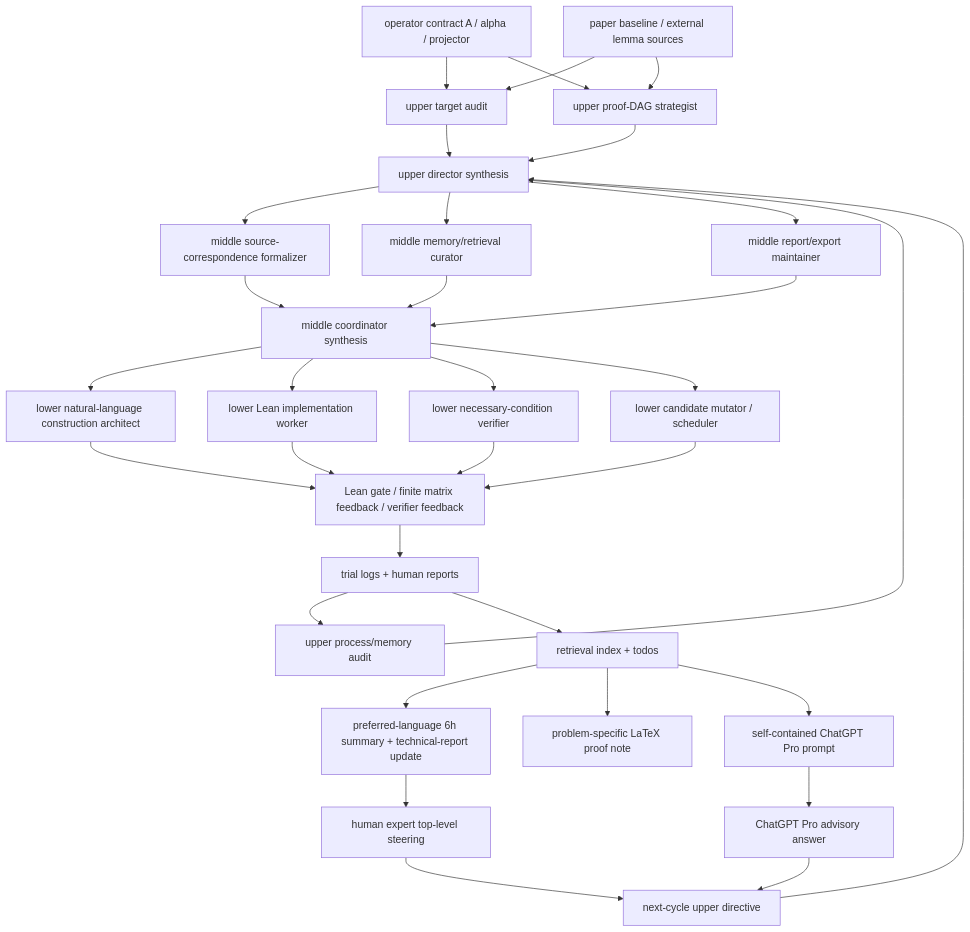
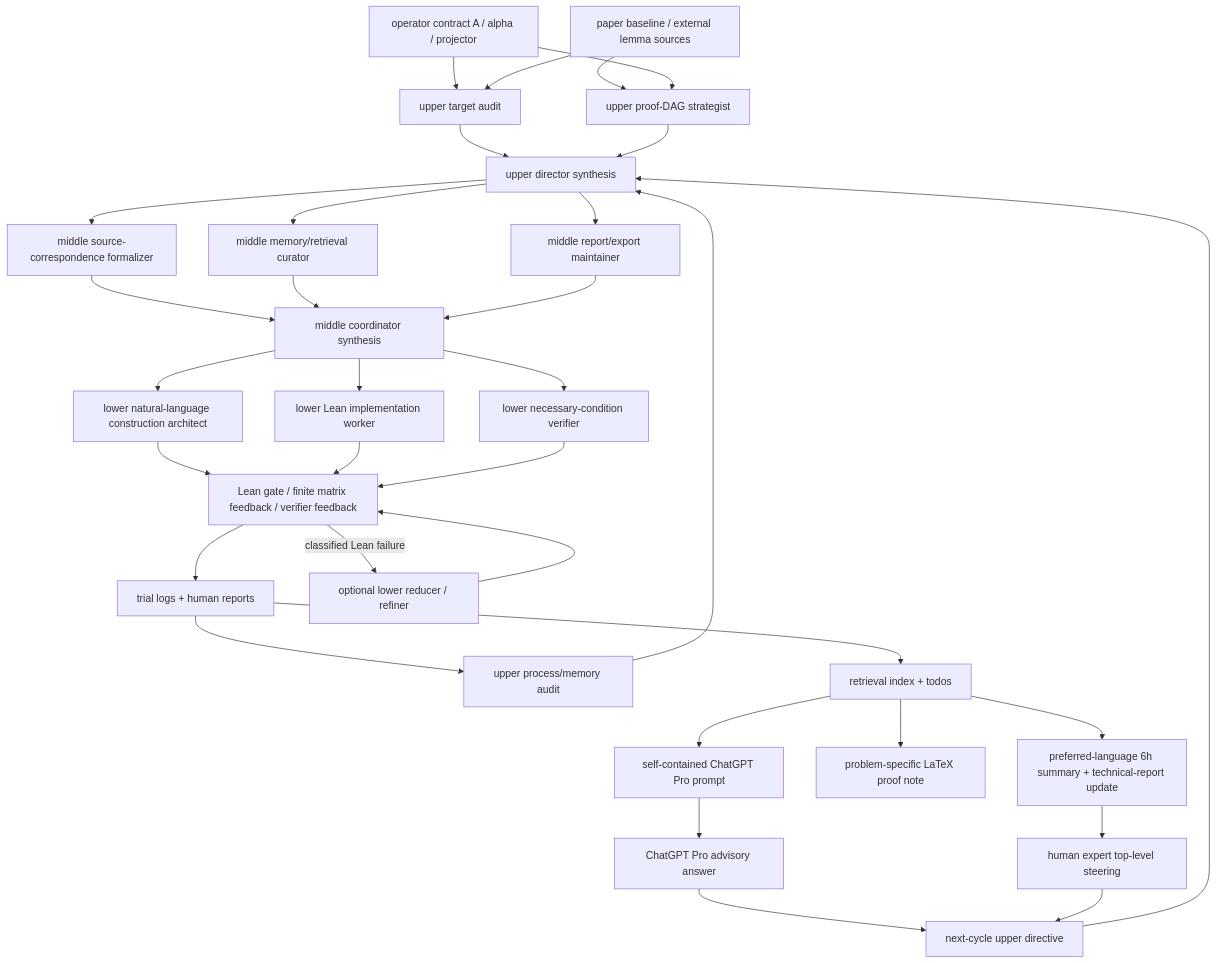
One commit to DakeBU/Quantum-Computing-Block-Encoding changed the second of 2 diagrams in README.md. Above: the diagram before and after it, drawn with Mermaid. The commit also changed other lines of this file and 29 other files, not shown here.

````diff
--- a/README.md
+++ b/README.md
@@ -287,35 +306,35 @@
 ```mermaid
 flowchart TD
   A["operator contract A / alpha / projector"] --> B["upper target audit"]
   S["paper baseline / external lemma sources"] --> B
   S --> C["upper proof-DAG strategist"]
   A --> C["upper proof-DAG strategist"]
   J["trial logs + human reports"] --> D["upper process/memory audit"]
   B --> E["upper director synthesis"]
   C --> E
   D --> E
   E --> F["middle source-correspondence formalizer"]
   E --> G["middle memory/retrieval curator"]
   E --> H["middle report/export maintainer"]
   F --> I["middle coordinator synthesis"]
   G --> I
   H --> I
   I --> M["lower natural-language construction architect"]
   I --> N["lower Lean implementation worker"]
   I --> P["lower necessary-condition verifier"]
-  I --> R["lower candidate mutator / scheduler"]
   M --> O["Lean gate / finite matrix feedback / verifier feedback"]
   N --> O
   P --> O
+  O -->|classified Lean failure| R["optional lower reducer / refiner"]
   R --> O
   O --> J
   J --> K["retrieval index + todos"]
   K --> L["preferred-language 6h summary + technical-report update"]
   K --> W["problem-specific LaTeX proof note"]
   K --> Q["self-contained ChatGPT Pro prompt"]
   Q --> X["ChatGPT Pro advisory answer"]
   L --> Y["human expert top-level steering"]
   X --> Z["next-cycle upper directive"]
   Y --> Z
   Z --> E
 ```
````
